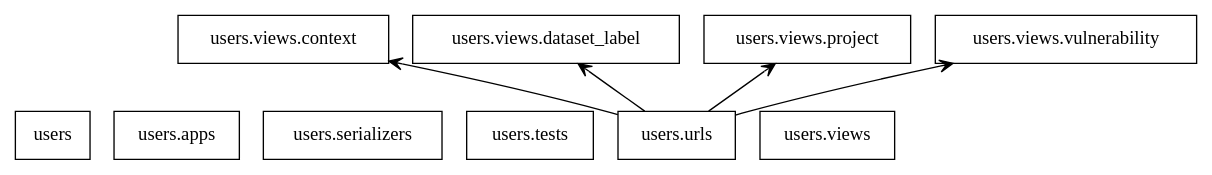
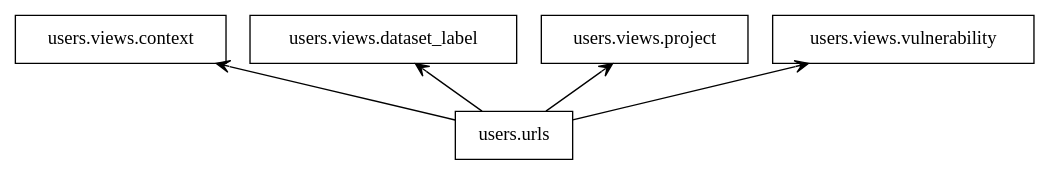
One commit to light-hat/immunity changed the diagram in diagrams/packages.dot. Above: the diagram before and after it, drawn with Graphviz. The commit also changed 10 other files, not shown here.

```diff
--- a/diagrams/packages.dot
+++ b/diagrams/packages.dot
@@ -1,18 +1,13 @@
 digraph "packages" {
 rankdir=BT
 charset="utf-8"
-"users" [color="black", label=<users>, shape="box", style="solid"];
-"users.apps" [color="black", label=<users.apps>, shape="box", style="solid"];
-"users.serializers" [color="black", label=<users.serializers>, shape="box", style="solid"];
-"users.tests" [color="black", label=<users.tests>, shape="box", style="solid"];
 "users.urls" [color="black", label=<users.urls>, shape="box", style="solid"];
-"users.views" [color="black", label=<users.views>, shape="box", style="solid"];
 "users.views.context" [color="black", label=<users.views.context>, shape="box", style="solid"];
 "users.views.dataset_label" [color="black", label=<users.views.dataset_label>, shape="box", style="solid"];
 "users.views.project" [color="black", label=<users.views.project>, shape="box", style="solid"];
 "users.views.vulnerability" [color="black", label=<users.views.vulnerability>, shape="box", style="solid"];
 "users.urls" -> "users.views.context" [arrowhead="open", arrowtail="none"];
 "users.urls" -> "users.views.dataset_label" [arrowhead="open", arrowtail="none"];
 "users.urls" -> "users.views.project" [arrowhead="open", arrowtail="none"];
 "users.urls" -> "users.views.vulnerability" [arrowhead="open", arrowtail="none"];
 }
```
